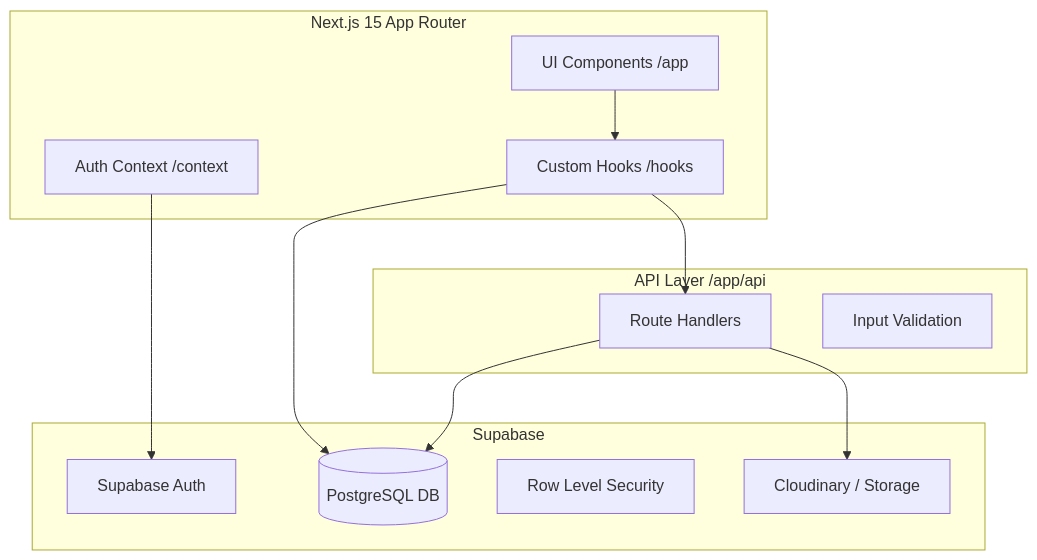
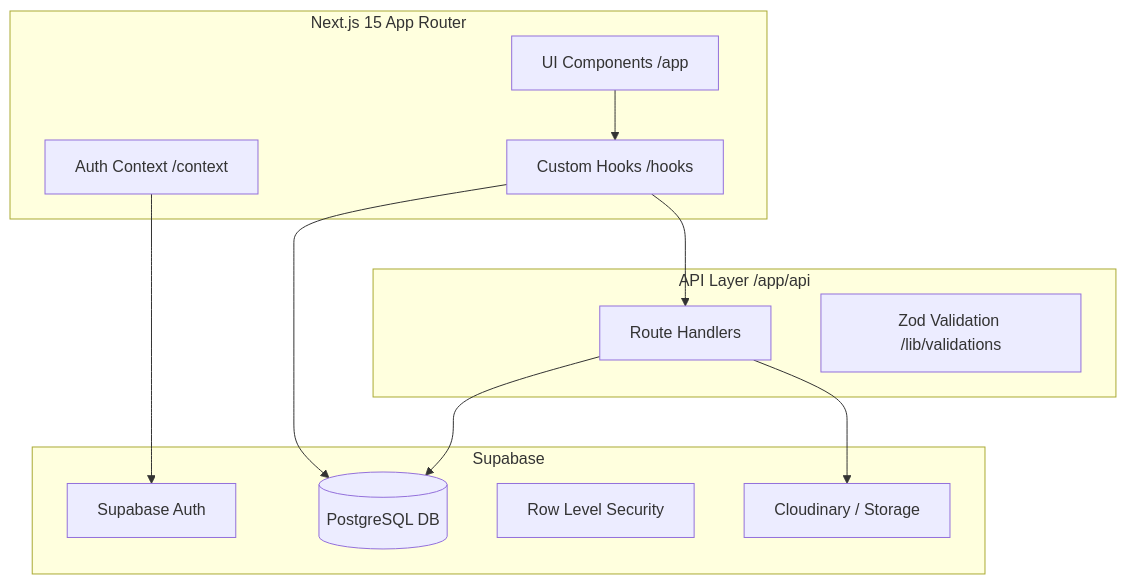
The diagram in TECHNICAL_DOCUMENTATION.md (ghazallsyria-cpu/refaa_new), drawn with Mermaid before and after one commit. The commit also changed other lines of this file and 15 other files, not shown here.

First line of the commit message:
feat: Implement exam submission API with Zod validation

````diff
--- a/TECHNICAL_DOCUMENTATION.md
+++ b/TECHNICAL_DOCUMENTATION.md
@@ -10,27 +10,27 @@
 ```mermaid
 graph TD
     subgraph Frontend [Next.js 15 App Router]
         UI[UI Components /app]
         Hooks[Custom Hooks /hooks]
         Context[Auth Context /context]
     end
 
     subgraph Backend [API Layer /app/api]
         RouteHandlers[Route Handlers]
-        Validation[Input Validation]
+        Validation[Zod Validation /lib/validations]
     end
 
     subgraph BaaS [Supabase]
         Auth[Supabase Auth]
         DB[(PostgreSQL DB)]
         RLS[Row Level Security]
         Storage[Cloudinary / Storage]
     end
 
     UI --> Hooks
     Hooks --> DB
     Hooks --> RouteHandlers
     RouteHandlers --> DB
     RouteHandlers --> Storage
     Context --> Auth
 ```
````
